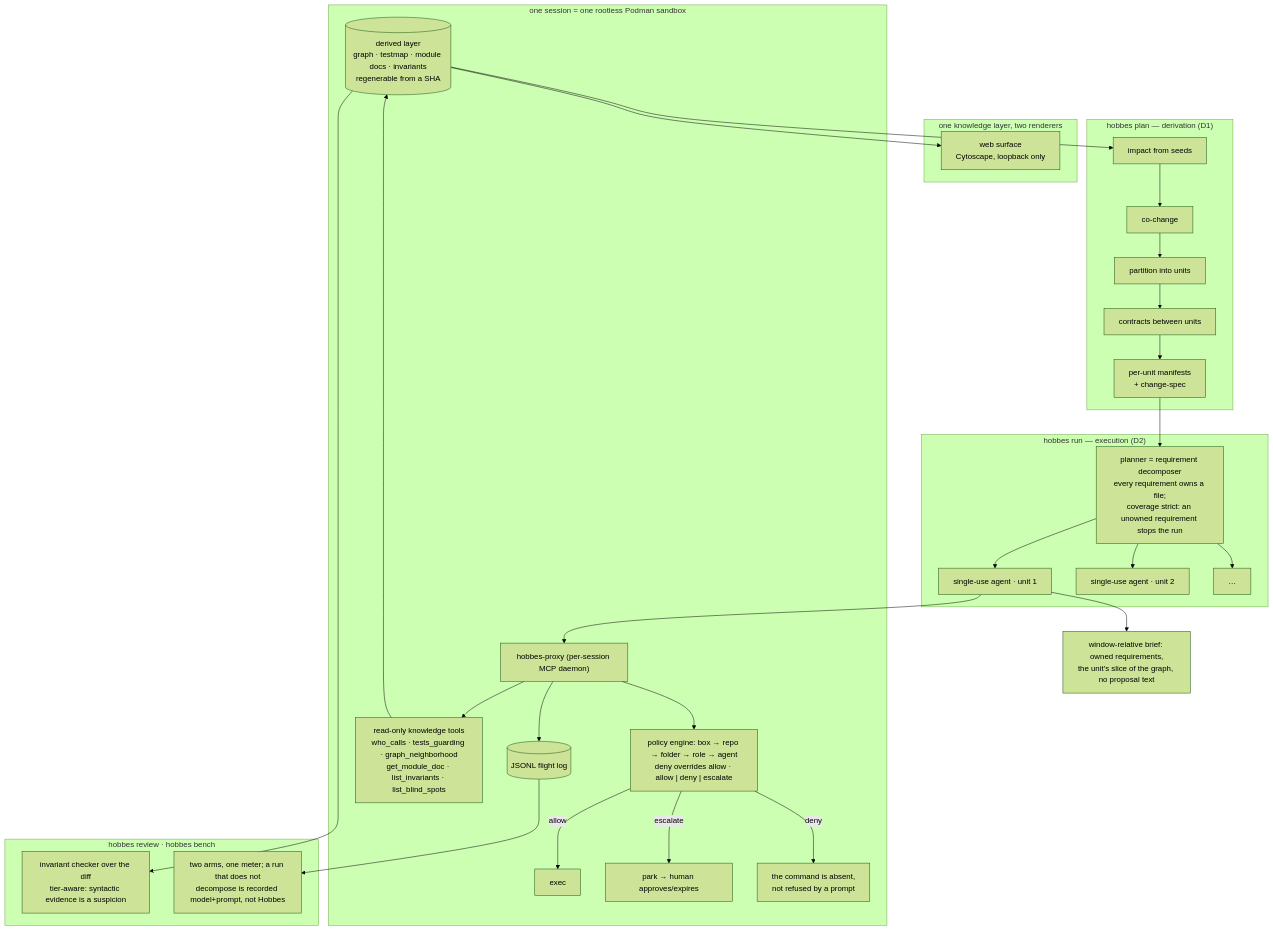
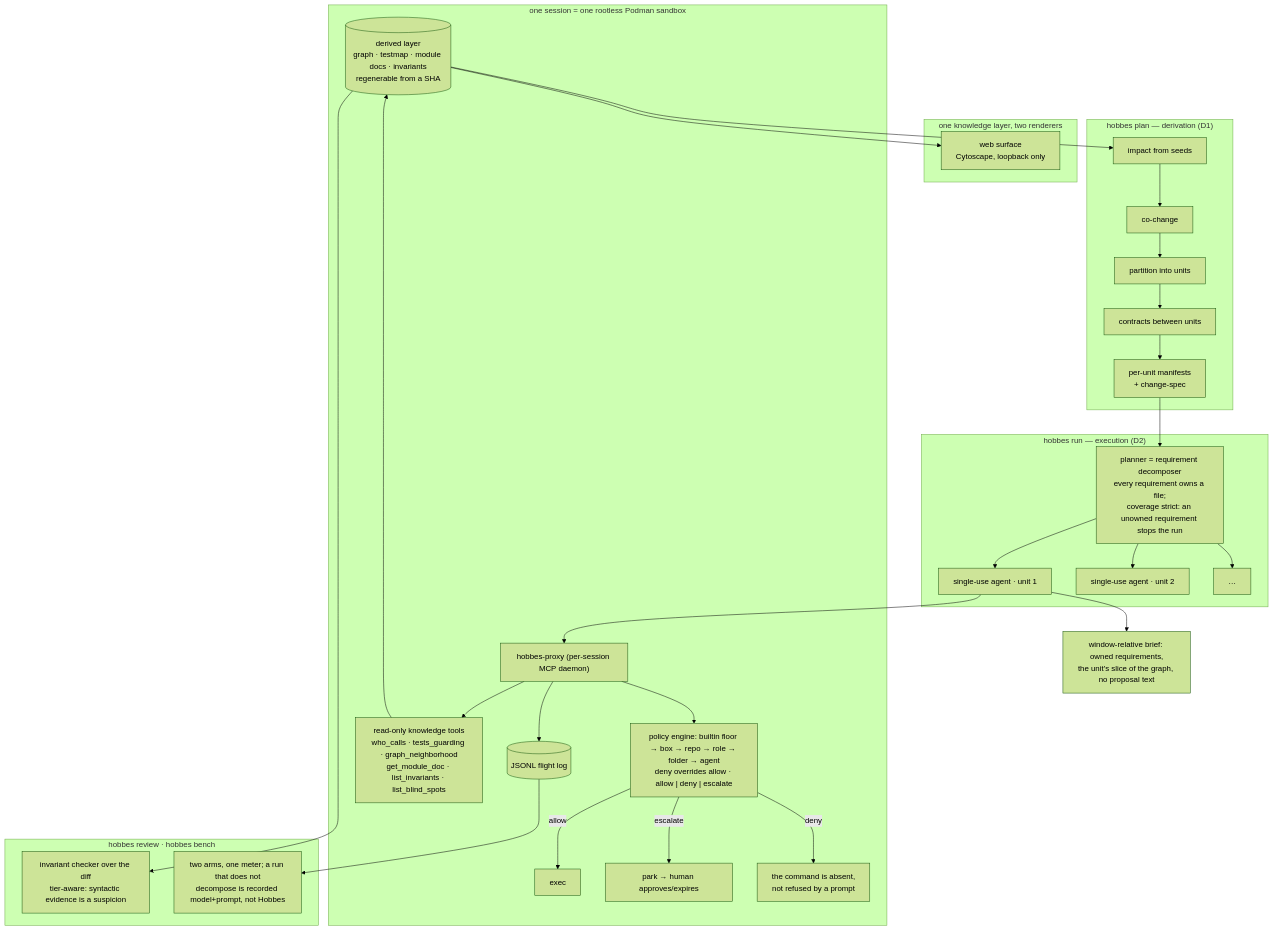
One commit to majax7714/Hobbes changed the second of 2 diagrams in docs/how-hobbes-differs.md. Above: the diagram before and after it, drawn with Mermaid (forest theme). The commit also changed other lines of this file and 7 other files, not shown here.

````diff
--- a/docs/how-hobbes-differs.md
+++ b/docs/how-hobbes-differs.md
@@ -115,35 +116,35 @@
 ```mermaid
 flowchart TB
   G[(derived layer<br/>graph · testmap · module docs · invariants<br/>regenerable from a SHA)]
   subgraph human["one knowledge layer, two renderers"]
     WEB[web surface<br/>Cytoscape, loopback only]
   end
   G --> WEB
   subgraph derive["hobbes plan — derivation (D1)"]
     P1[impact from seeds] --> P2[co-change] --> P3[partition into units] --> P4[contracts between units] --> P5[per-unit manifests<br/>+ change-spec]
   end
   G --> P1
   P5 --> PL["planner = requirement decomposer<br/>every requirement owns a file;<br/>coverage strict: an unowned requirement stops the run"]
   subgraph run["hobbes run — execution (D2)"]
     PL --> U1[single-use agent · unit 1]
     PL --> U2[single-use agent · unit 2]
     PL --> U3[…]
   end
   subgraph session["one session = one rootless Podman sandbox"]
     U1 --> PROXY["hobbes-proxy (per-session MCP daemon)"]
-    PROXY --> POL["policy engine: box → repo → folder → role → agent<br/>deny overrides allow · allow | deny | escalate"]
+    PROXY --> POL["policy engine: builtin floor → box → repo → role → folder → agent<br/>deny overrides allow · allow | deny | escalate"]
     POL -->|allow| EXEC[exec]
     POL -->|escalate| Q[park → human approves/expires]
     POL -->|deny| ABSENT["the command is absent,<br/>not refused by a prompt"]
     PROXY --> K["read-only knowledge tools<br/>who_calls · tests_guarding · graph_neighborhood<br/>get_module_doc · list_invariants · list_blind_spots"]
     K --> G
     PROXY --> LOG[(JSONL flight log)]
   end
   U1 --> BRIEF["window-relative brief: owned requirements,<br/>the unit's slice of the graph, no proposal text"]
   subgraph verify["hobbes review · hobbes bench"]
     REV[invariant checker over the diff<br/>tier-aware: syntactic evidence is a suspicion]
     BEN["two arms, one meter; a run that does not<br/>decompose is recorded model+prompt, not Hobbes"]
   end
   LOG --> BEN
   G --> REV
 ```
````
